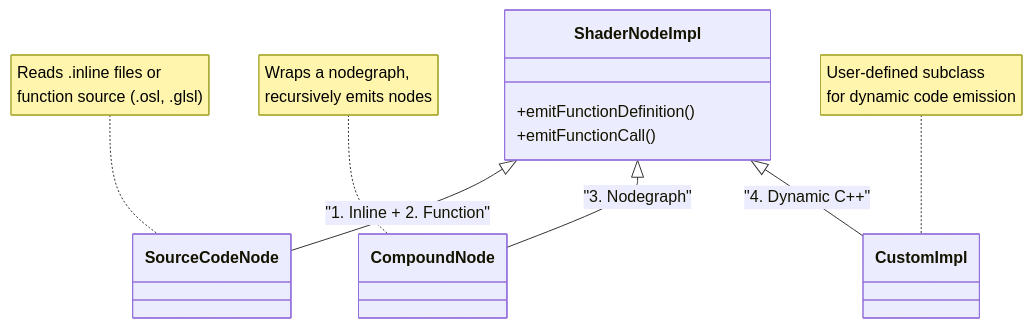
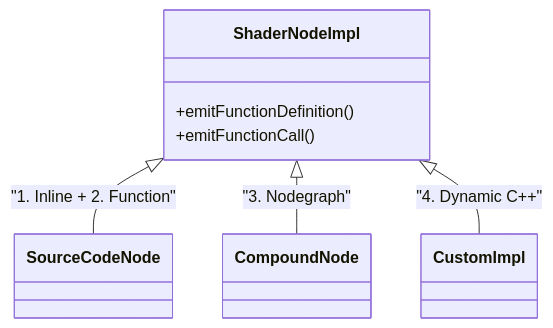
One commit to metashade/metashade changed the first of 3 diagrams in metashade/mtlx/README.md. Above: the diagram before and after it, drawn with Mermaid. The commit also changed other lines of this file, not shown here.

````diff
--- a/metashade/mtlx/README.md
+++ b/metashade/mtlx/README.md
@@ -36,18 +36,11 @@
 ```mermaid
 classDiagram
     class ShaderNodeImpl {
         +emitFunctionDefinition()
         +emitFunctionCall()
     }
     
     ShaderNodeImpl <|-- SourceCodeNode : "1. Inline + 2. Function"
     ShaderNodeImpl <|-- CompoundNode : "3. Nodegraph"
     ShaderNodeImpl <|-- CustomImpl : "4. Dynamic C++"
-    
-    note for SourceCodeNode "Reads .inline files or
-    function source (.osl, .glsl)"
-    note for CompoundNode "Wraps a nodegraph,
-    recursively emits nodes"
-    note for CustomImpl "User-defined subclass
-    for dynamic code emission"
 ```
````
